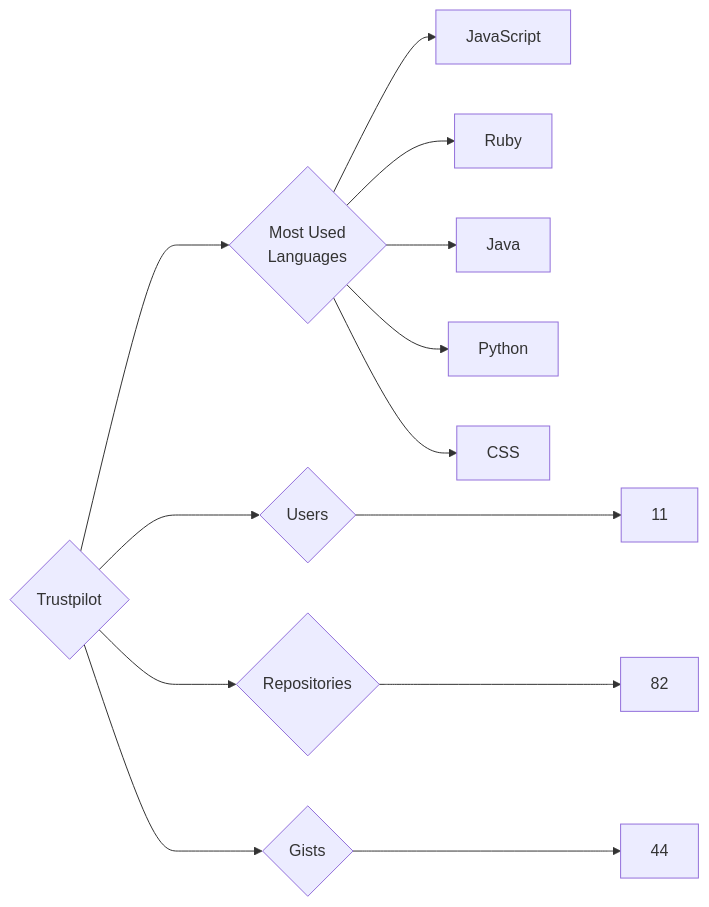
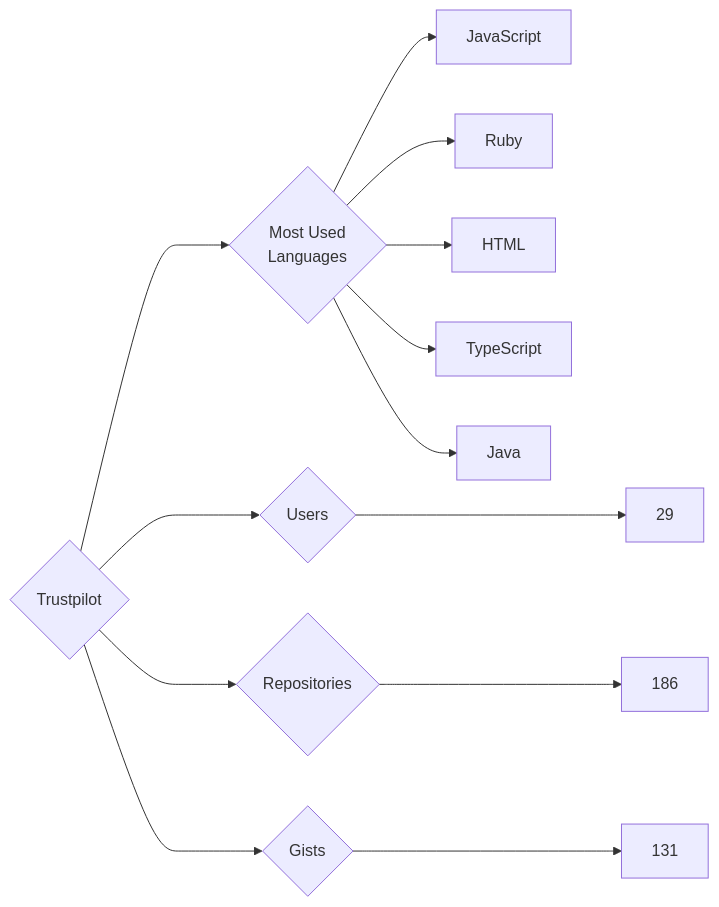
One commit to trickest/insiders changed the diagram in targets/Trustpilot/README.md. Above: the diagram before and after it, drawn with Mermaid. The commit also changed 886 other files, not shown here.

````diff
--- a/targets/Trustpilot/README.md
+++ b/targets/Trustpilot/README.md
@@ -3,13 +3,13 @@
 ```mermaid
 graph LR
 COMPANY_NAME{Trustpilot}
-COMPANY_NAME ---> U{Users} ---> UN[11]
-COMPANY_NAME ---> R{Repositories} ---> RN[82]
-COMPANY_NAME ---> G{Gists} ---> GN[44]
+COMPANY_NAME ---> U{Users} ---> UN[29]
+COMPANY_NAME ---> R{Repositories} ---> RN[186]
+COMPANY_NAME ---> G{Gists} ---> GN[131]
 COMPANY_NAME ---> ML{Most Used<br>Languages}
 ML --> JavaScript[JavaScript]
 ML --> Ruby[Ruby]
+ML --> HTML[HTML]
+ML --> TypeScript[TypeScript]
 ML --> Java[Java]
-ML --> Python[Python]
-ML --> CSS[CSS]
 ```
````
